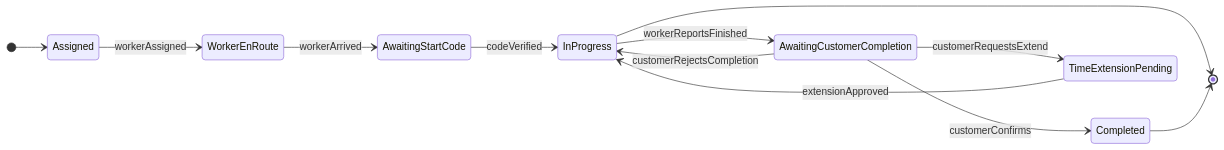
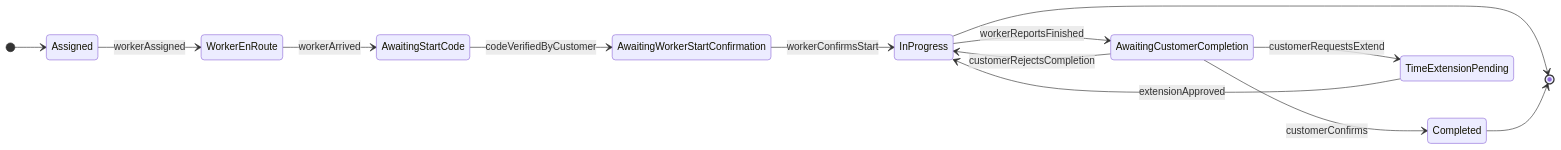
The first of 2 diagrams in docs/backend-cleaning-order-realtime.md (dllni-app/dllni-user-app), drawn with Mermaid before and after one commit. The commit also changed other lines of this file and 13 other files, not shown here.

````diff
--- a/docs/backend-cleaning-order-realtime.md
+++ b/docs/backend-cleaning-order-realtime.md
@@ -111,15 +140,16 @@
 ```mermaid
 stateDiagram-v2
   direction LR
   [*] --> Assigned
   Assigned --> WorkerEnRoute: workerAssigned
   WorkerEnRoute --> AwaitingStartCode: workerArrived
-  AwaitingStartCode --> InProgress: codeVerified
+  AwaitingStartCode --> AwaitingWorkerStartConfirmation: codeVerifiedByCustomer
+  AwaitingWorkerStartConfirmation --> InProgress: workerConfirmsStart
   InProgress --> AwaitingCustomerCompletion: workerReportsFinished
   AwaitingCustomerCompletion --> Completed: customerConfirms
   AwaitingCustomerCompletion --> InProgress: customerRejectsCompletion
   AwaitingCustomerCompletion --> TimeExtensionPending: customerRequestsExtend
   TimeExtensionPending --> InProgress: extensionApproved
   InProgress --> [*]
   Completed --> [*]
 ```
````
